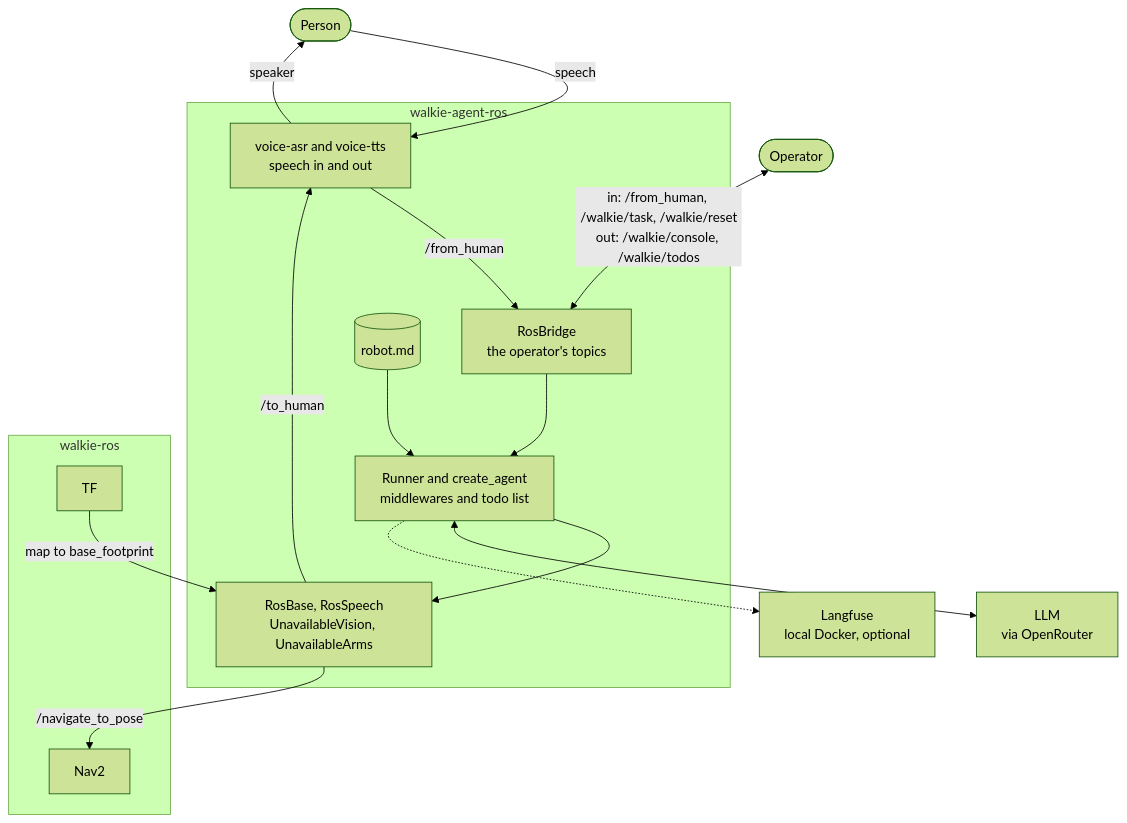
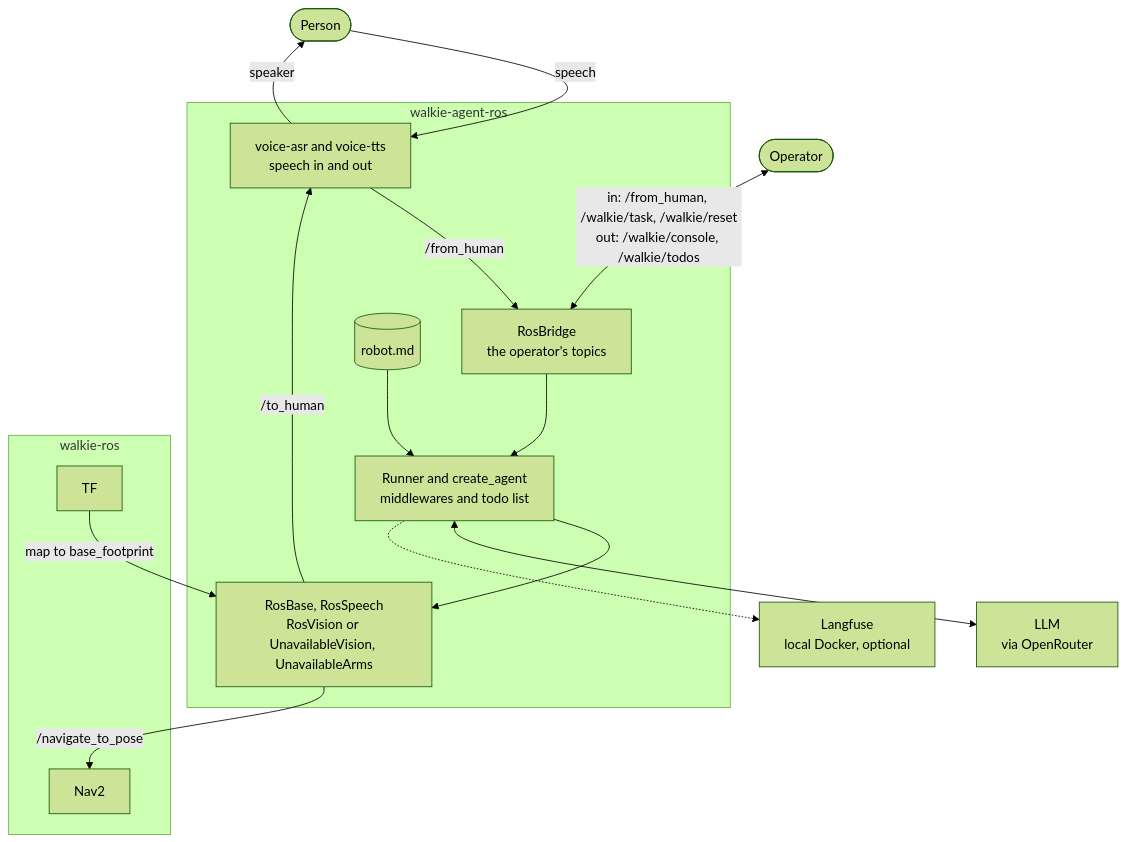
Before and after one commit to EIC-Robocup-2026/walkie-agent-ros: the first of 4 diagrams in docs/architecture/agent.md, drawn with Mermaid (forest theme). The commit also changed other lines of this file and 20 other files, not shown here.

````diff
--- a/docs/architecture/agent.md
+++ b/docs/architecture/agent.md
@@ -90,34 +92,34 @@
 ```mermaid
 flowchart TB
   person([Person])
   operator([Operator])
 
   subgraph agent_repo["walkie-agent-ros"]
     voice["voice-asr and voice-tts<br/>speech in and out"]
     bridge["RosBridge<br/>the operator's topics"]
     runner["Runner and create_agent<br/>middlewares and todo list"]
-    verbs["RosBase, RosSpeech<br/>UnavailableVision, UnavailableArms"]
+    verbs["RosBase, RosSpeech<br/>RosVision or UnavailableVision, UnavailableArms"]
     robotmd[("robot.md")]
   end
 
   llm["LLM<br/>via OpenRouter"]
   langfuse["Langfuse<br/>local Docker, optional"]
 
   subgraph robot["walkie-ros"]
     nav2["Nav2"]
     tf["TF"]
   end
 
   person -- speech --> voice
   voice -- speaker --> person
   voice -- "/from_human" --> bridge
   verbs -- "/to_human" --> voice
   operator <-- "in: /from_human, /walkie/task, /walkie/reset<br/>out: /walkie/console, /walkie/todos" --> bridge
   bridge --> runner
   runner --> verbs
   robotmd --> runner
   runner <--> llm
   runner -.-> langfuse
   verbs -- "/navigate_to_pose" --> nav2
   tf -- "map to base_footprint" --> verbs
 ```
````
